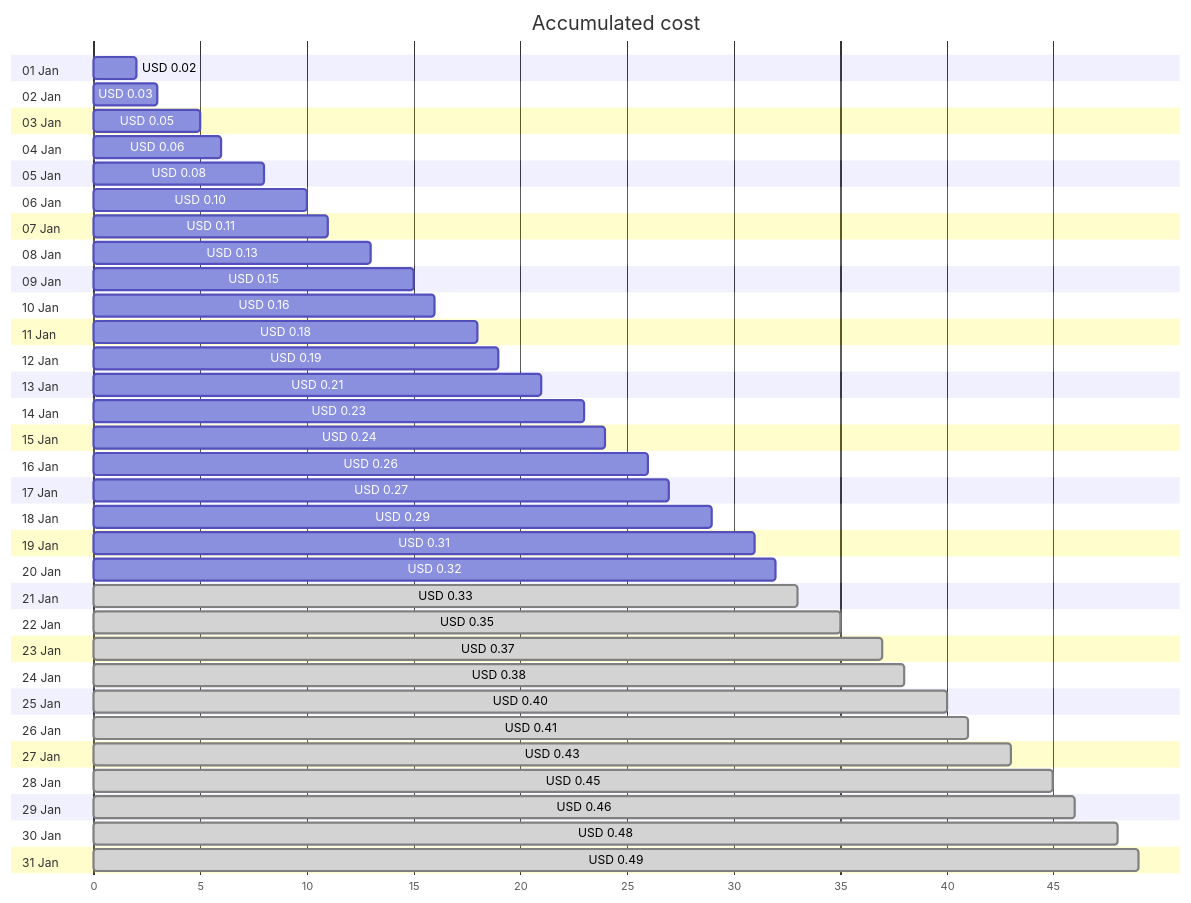
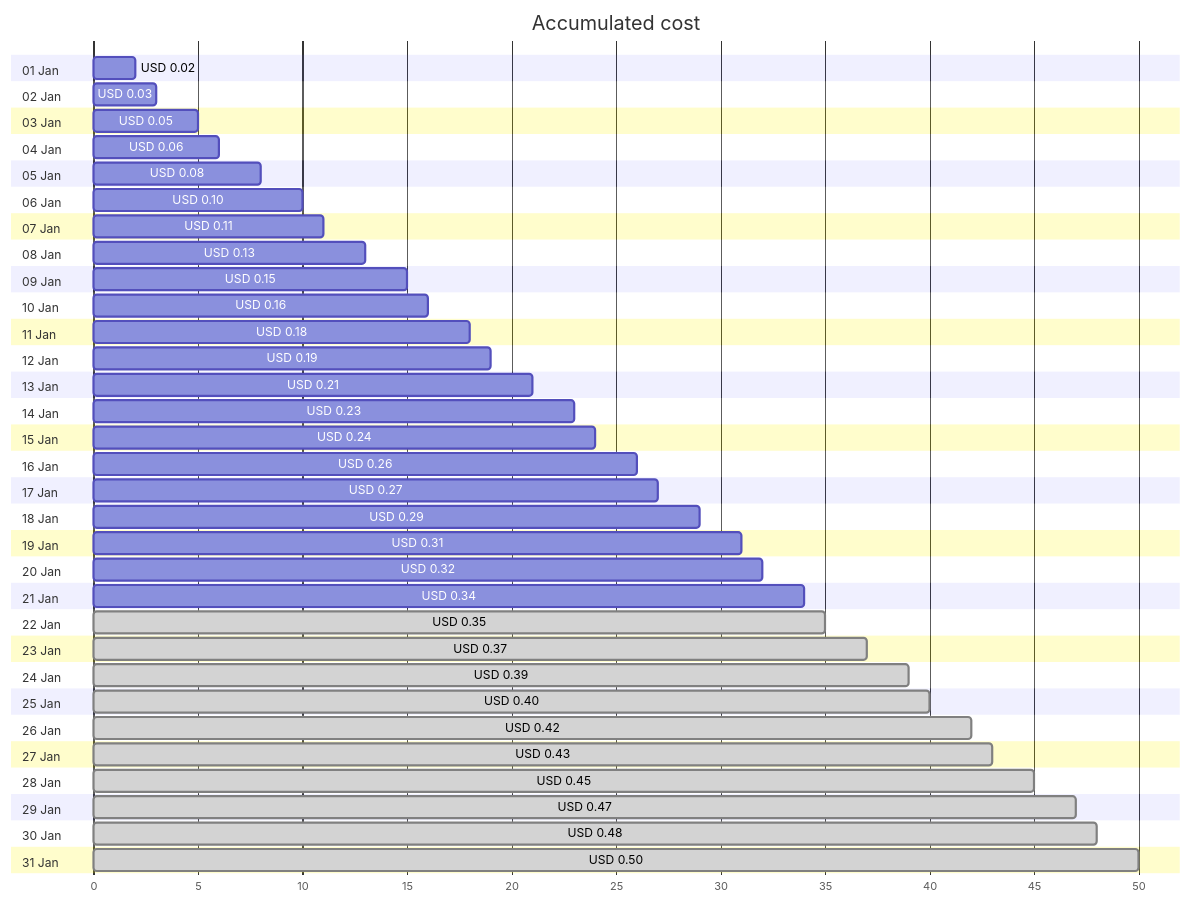
One commit to jpfulton/azure-personal-reports changed the first of 4 diagrams in cost-reports/personal-network/private.jpatrickfulton.com.md. Above: the diagram before and after it, drawn with Mermaid. The commit also changed other lines of this file and 8 other files, not shown here.

````diff
--- a/cost-reports/personal-network/private.jpatrickfulton.com.md
+++ b/cost-reports/personal-network/private.jpatrickfulton.com.md
@@ -20,68 +20,68 @@
 ```mermaid
 gantt
    title Accumulated cost
    dateFormat  X
    axisFormat %s
    section 01 Jan
    USD 0.02 :0, 2
    section 02 Jan
    USD 0.03 :0, 3
    section 03 Jan
    USD 0.05 :0, 5
    section 04 Jan
    USD 0.06 :0, 6
    section 05 Jan
    USD 0.08 :0, 8
    section 06 Jan
    USD 0.10 :0, 10
    section 07 Jan
    USD 0.11 :0, 11
    section 08 Jan
    USD 0.13 :0, 13
    section 09 Jan
    USD 0.15 :0, 15
    section 10 Jan
    USD 0.16 :0, 16
    section 11 Jan
    USD 0.18 :0, 18
    section 12 Jan
    USD 0.19 :0, 19
    section 13 Jan
    USD 0.21 :0, 21
    section 14 Jan
    USD 0.23 :0, 23
    section 15 Jan
    USD 0.24 :0, 24
    section 16 Jan
    USD 0.26 :0, 26
    section 17 Jan
    USD 0.27 :0, 27
    section 18 Jan
    USD 0.29 :0, 29
    section 19 Jan
    USD 0.31 :0, 31
    section 20 Jan
    USD 0.32 :0, 32
    section 21 Jan
-   USD 0.33 : done, 0, 33
+   USD 0.34 :0, 34
    section 22 Jan
    USD 0.35 : done, 0, 35
    section 23 Jan
    USD 0.37 : done, 0, 37
    section 24 Jan
-   USD 0.38 : done, 0, 38
+   USD 0.39 : done, 0, 39
    section 25 Jan
    USD 0.40 : done, 0, 40
    section 26 Jan
-   USD 0.41 : done, 0, 41
+   USD 0.42 : done, 0, 42
    section 27 Jan
    USD 0.43 : done, 0, 43
    section 28 Jan
    USD 0.45 : done, 0, 45
    section 29 Jan
-   USD 0.46 : done, 0, 46
+   USD 0.47 : done, 0, 47
    section 30 Jan
    USD 0.48 : done, 0, 48
    section 31 Jan
-   USD 0.49 : done, 0, 49
+   USD 0.50 : done, 0, 50
 ```
````
